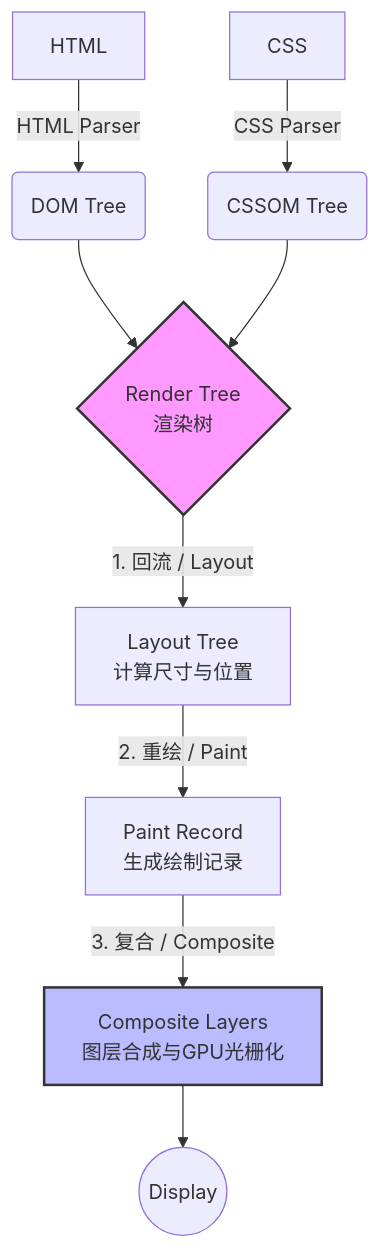
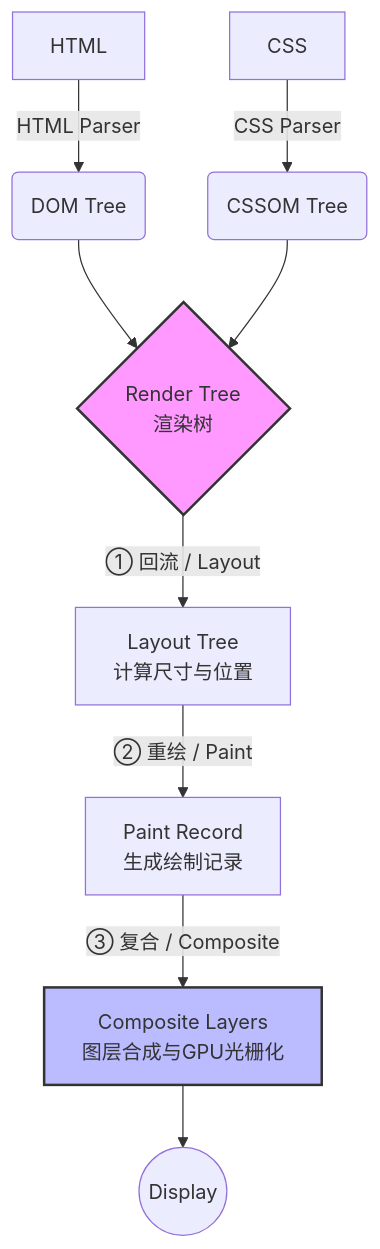
Before and after one commit to mengzhu-mmc/web-notes: the first of 3 diagrams in 01-HTML-CSS/01-底层渲染与机制/深入理解浏览器渲染机制与CSS底层模型.md, drawn with Mermaid.

Commit message:
fix(mermaid): 修复关键渲染路径图边标签的 list 报错
边标签 1./2./3. 会被 marked 解析成有序列表 token, 触发 Unsupported markdown: list
改用圈码 ①②③ 保留序号语义(本地 marked 11.16 lexer 验证: 不再产生 list token)

````diff
--- a/01-HTML-CSS/01-底层渲染与机制/深入理解浏览器渲染机制与CSS底层模型.md
+++ b/01-HTML-CSS/01-底层渲染与机制/深入理解浏览器渲染机制与CSS底层模型.md
@@ -9,14 +9,14 @@
 ```mermaid
 graph TD
     A[HTML] -->|HTML Parser| B(DOM Tree)
     C[CSS] -->|CSS Parser| D(CSSOM Tree)
     B --> E{Render Tree<br>渲染树}
     D --> E
-    E -->|1. 回流 / Layout| F[Layout Tree<br>计算尺寸与位置]
-    F -->|2. 重绘 / Paint| G[Paint Record<br>生成绘制记录]
-    G -->|3. 复合 / Composite| H[Composite Layers<br>图层合成与GPU光栅化]
+    E -->|① 回流 / Layout| F[Layout Tree<br>计算尺寸与位置]
+    F -->|② 重绘 / Paint| G[Paint Record<br>生成绘制记录]
+    G -->|③ 复合 / Composite| H[Composite Layers<br>图层合成与GPU光栅化]
     H --> I((Display))
 
     style E fill:#f9f,stroke:#333,stroke-width:2px
     style H fill:#bbf,stroke:#333,stroke-width:2px
 ```
````
